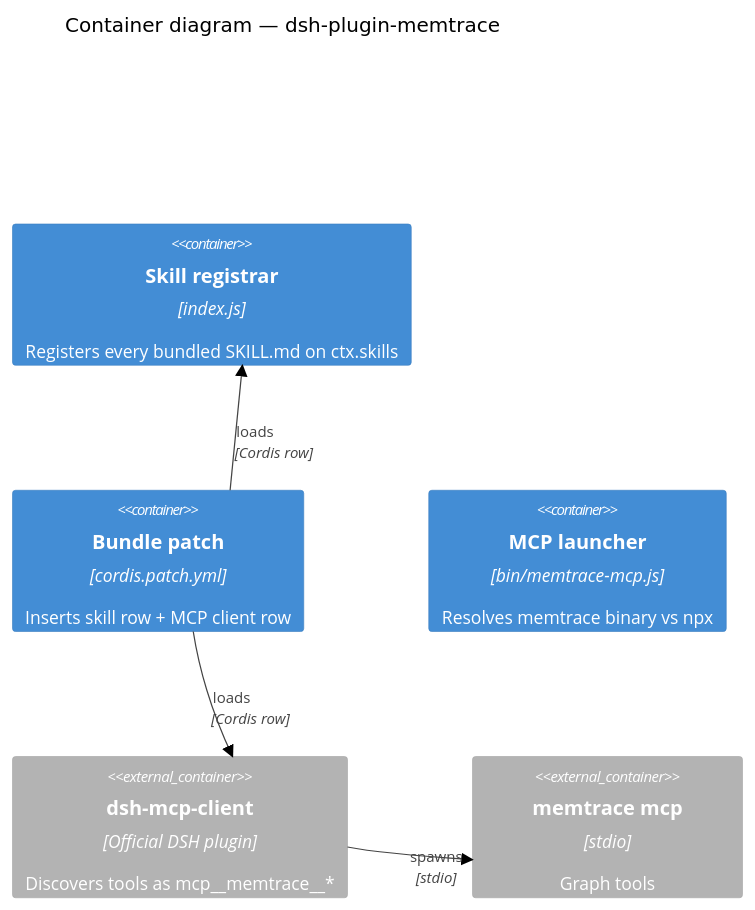
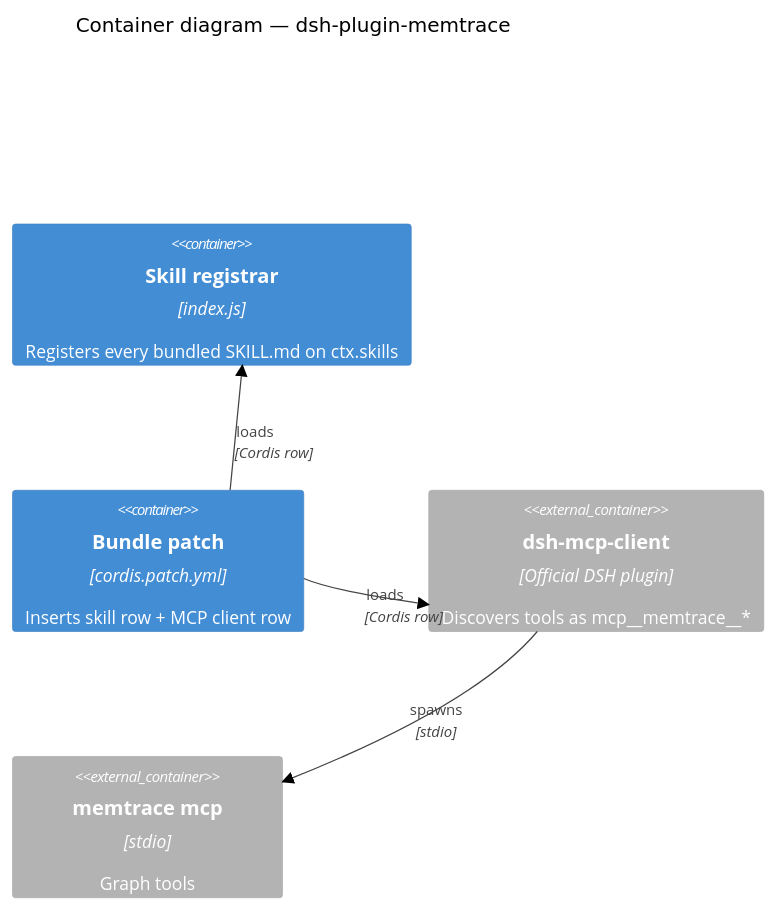
One commit to syncable-dev/dsh-plugin-memtrace changed the diagram in docs/05_building_block_view.md. Above: the diagram before and after it, drawn with Mermaid (neutral theme). The commit also changed other lines of this file and 9 other files, not shown here.

First line of the commit message:
feat!: route Memtrace MCP calls per Session working directory (v0.3.0)

````diff
--- a/docs/05_building_block_view.md
+++ b/docs/05_building_block_view.md
@@ -5,12 +5,11 @@
 ```mermaid
 C4Container
     title Container diagram — dsh-plugin-memtrace
     Container(skills, "Skill registrar", "index.js", "Registers every bundled SKILL.md on ctx.skills")
     Container(patch, "Bundle patch", "cordis.patch.yml", "Inserts skill row + MCP client row")
-    Container(launcher, "MCP launcher", "bin/memtrace-mcp.js", "Resolves memtrace binary vs npx")
     Container_Ext(mcpClient, "dsh-mcp-client", "Official DSH plugin", "Discovers tools as mcp__memtrace__*")
     Container_Ext(server, "memtrace mcp", "stdio", "Graph tools")
     Rel(patch, skills, "loads", "Cordis row")
     Rel(patch, mcpClient, "loads", "Cordis row")
     Rel(mcpClient, server, "spawns", "stdio")
 ```
````
